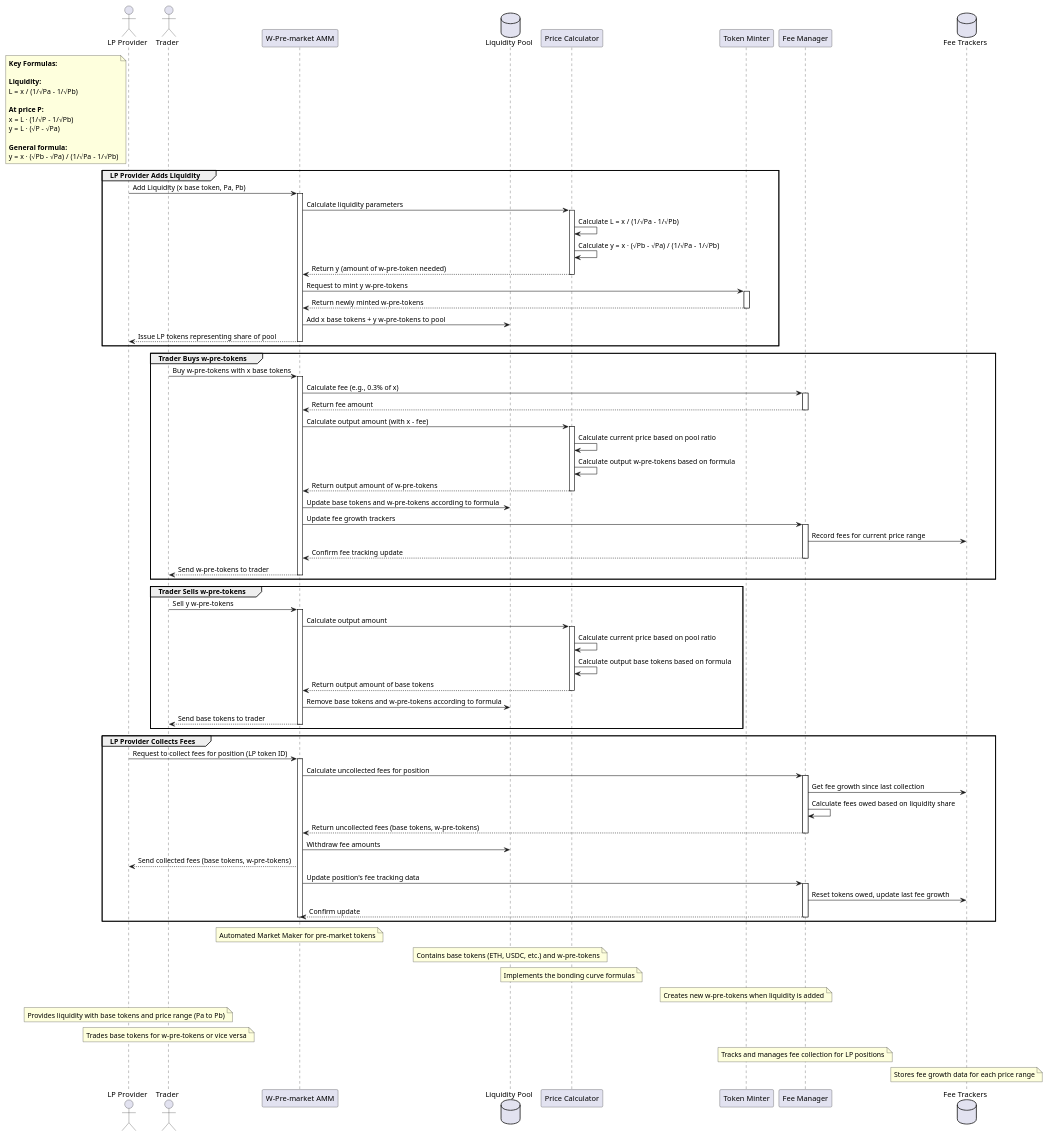
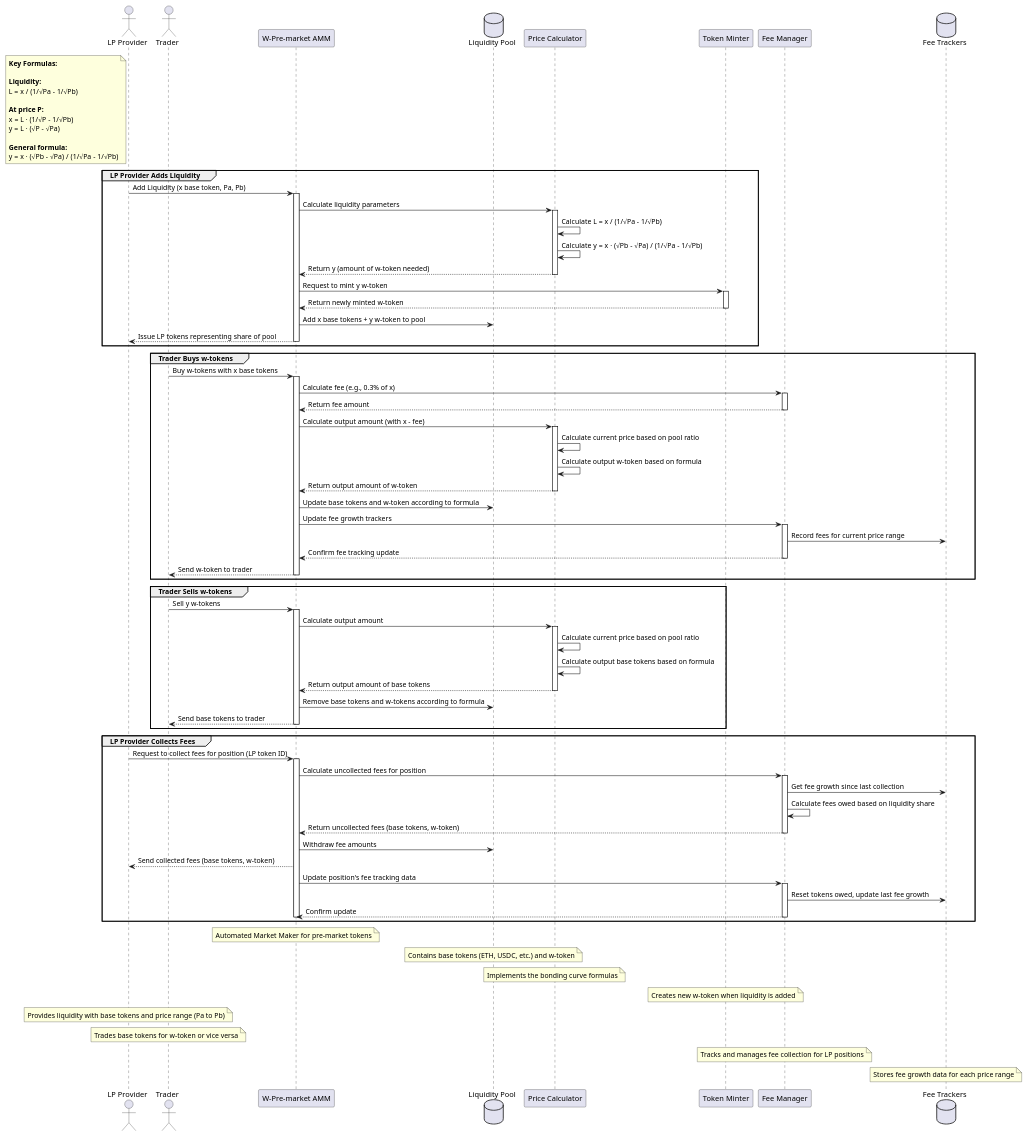
One commit to nierdna/hermit-diagrams changed the diagram in whales/w_pre_market_amm.wsd. Above: the diagram before and after it, drawn with PlantUML. The commit also changed 3 other files, not shown here.

First line of the commit message:
Rename w-pre-tokens to w-token throughout documentation

```diff
--- a/whales/w_pre_market_amm.wsd
+++ b/whales/w_pre_market_amm.wsd
@@ -1,146 +1,146 @@
 @startuml W-Pre-market AMM System
 
 ' Define participants
 actor "LP Provider" as LPProvider
 actor "Trader" as Trader
 participant "W-Pre-market AMM" as AMM
 database "Liquidity Pool" as Pool
 participant "Price Calculator" as Calculator
 participant "Token Minter" as Minter
 participant "Fee Manager" as FeeManager
 database "Fee Trackers" as FeeTrackers
 
 ' Style
 skinparam sequence {
     ParticipantBackgroundColor LightBlue
     ActorBackgroundColor LightGreen
     DatabaseBackgroundColor LightPink
     LifeLineColor Gray
     BorderColor Black
 }
 
 ' Define mathematical formulas as notes
 note left of LPProvider
   <b>Key Formulas:</b>
   
   <b>Liquidity:</b>
   L = x / (1/√Pa - 1/√Pb)
   
   <b>At price P:</b>
   x = L · (1/√P - 1/√Pb)
   y = L · (√P - √Pa)
   
   <b>General formula:</b>
   y = x · (√Pb - √Pa) / (1/√Pa - 1/√Pb)
 end note
 
 ' LP Provider Flow
 group LP Provider Adds Liquidity
     LPProvider -> AMM: Add Liquidity (x base token, Pa, Pb)
     activate AMM
     
     AMM -> Calculator: Calculate liquidity parameters
     activate Calculator
     
     Calculator -> Calculator: Calculate L = x / (1/√Pa - 1/√Pb)
     Calculator -> Calculator: Calculate y = x · (√Pb - √Pa) / (1/√Pa - 1/√Pb)
-    Calculator --> AMM: Return y (amount of w-pre-token needed)
+    Calculator --> AMM: Return y (amount of w-token needed)
     deactivate Calculator
     
-    AMM -> Minter: Request to mint y w-pre-tokens
+    AMM -> Minter: Request to mint y w-token
     activate Minter
-    Minter --> AMM: Return newly minted w-pre-tokens
+    Minter --> AMM: Return newly minted w-token
     deactivate Minter
     
-    AMM -> Pool: Add x base tokens + y w-pre-tokens to pool
+    AMM -> Pool: Add x base tokens + y w-token to pool
     AMM --> LPProvider: Issue LP tokens representing share of pool
     
     deactivate AMM
 end
 
-' Trader Flow - Buy w-pre-tokens
-group Trader Buys w-pre-tokens
-    Trader -> AMM: Buy w-pre-tokens with x base tokens
+' Trader Flow - Buy w-tokens
+group Trader Buys w-tokens
+    Trader -> AMM: Buy w-tokens with x base tokens
     activate AMM
     
     AMM -> FeeManager: Calculate fee (e.g., 0.3% of x)
     activate FeeManager
     FeeManager --> AMM: Return fee amount
     deactivate FeeManager
     
     AMM -> Calculator: Calculate output amount (with x - fee)
     activate Calculator
     
     Calculator -> Calculator: Calculate current price based on pool ratio
-    Calculator -> Calculator: Calculate output w-pre-tokens based on formula
-    Calculator --> AMM: Return output amount of w-pre-tokens
+    Calculator -> Calculator: Calculate output w-token based on formula
+    Calculator --> AMM: Return output amount of w-token
     deactivate Calculator
     
-    AMM -> Pool: Update base tokens and w-pre-tokens according to formula
+    AMM -> Pool: Update base tokens and w-token according to formula
     
     AMM -> FeeManager: Update fee growth trackers
     activate FeeManager
     FeeManager -> FeeTrackers: Record fees for current price range
     FeeManager --> AMM: Confirm fee tracking update
     deactivate FeeManager
     
-    AMM --> Trader: Send w-pre-tokens to trader
+    AMM --> Trader: Send w-token to trader
     
     deactivate AMM
 end
 
-' Trader Flow - Sell w-pre-tokens
-group Trader Sells w-pre-tokens
-    Trader -> AMM: Sell y w-pre-tokens
+' Trader Flow - Sell w-tokens
+group Trader Sells w-tokens
+    Trader -> AMM: Sell y w-tokens
     activate AMM
     
     AMM -> Calculator: Calculate output amount
     activate Calculator
     
     Calculator -> Calculator: Calculate current price based on pool ratio
     Calculator -> Calculator: Calculate output base tokens based on formula
     Calculator --> AMM: Return output amount of base tokens
     deactivate Calculator
     
-    AMM -> Pool: Remove base tokens and w-pre-tokens according to formula
+    AMM -> Pool: Remove base tokens and w-tokens according to formula
     AMM --> Trader: Send base tokens to trader
     
     deactivate AMM
 end
 
 ' Add a new flow for fee collection
 group LP Provider Collects Fees
     LPProvider -> AMM: Request to collect fees for position (LP token ID)
     activate AMM
     
     AMM -> FeeManager: Calculate uncollected fees for position
     activate FeeManager
     
     FeeManager -> FeeTrackers: Get fee growth since last collection
     FeeManager -> FeeManager: Calculate fees owed based on liquidity share
-    FeeManager --> AMM: Return uncollected fees (base tokens, w-pre-tokens)
+    FeeManager --> AMM: Return uncollected fees (base tokens, w-token)
     deactivate FeeManager
     
     AMM -> Pool: Withdraw fee amounts
-    AMM --> LPProvider: Send collected fees (base tokens, w-pre-tokens)
+    AMM --> LPProvider: Send collected fees (base tokens, w-token)
     
     AMM -> FeeManager: Update position's fee tracking data
     activate FeeManager
     FeeManager -> FeeTrackers: Reset tokens owed, update last fee growth
     FeeManager --> AMM: Confirm update
     deactivate FeeManager
     
     deactivate AMM
 end
 
 ' Add notes
 note over AMM: Automated Market Maker for pre-market tokens
-note over Pool: Contains base tokens (ETH, USDC, etc.) and w-pre-tokens
+note over Pool: Contains base tokens (ETH, USDC, etc.) and w-token
 note over Calculator: Implements the bonding curve formulas
-note over Minter: Creates new w-pre-tokens when liquidity is added
+note over Minter: Creates new w-token when liquidity is added
 note over LPProvider: Provides liquidity with base tokens and price range (Pa to Pb)
-note over Trader: Trades base tokens for w-pre-tokens or vice versa
+note over Trader: Trades base tokens for w-token or vice versa
 note over FeeManager: Tracks and manages fee collection for LP positions
 note over FeeTrackers: Stores fee growth data for each price range
 
 @enduml 
```
